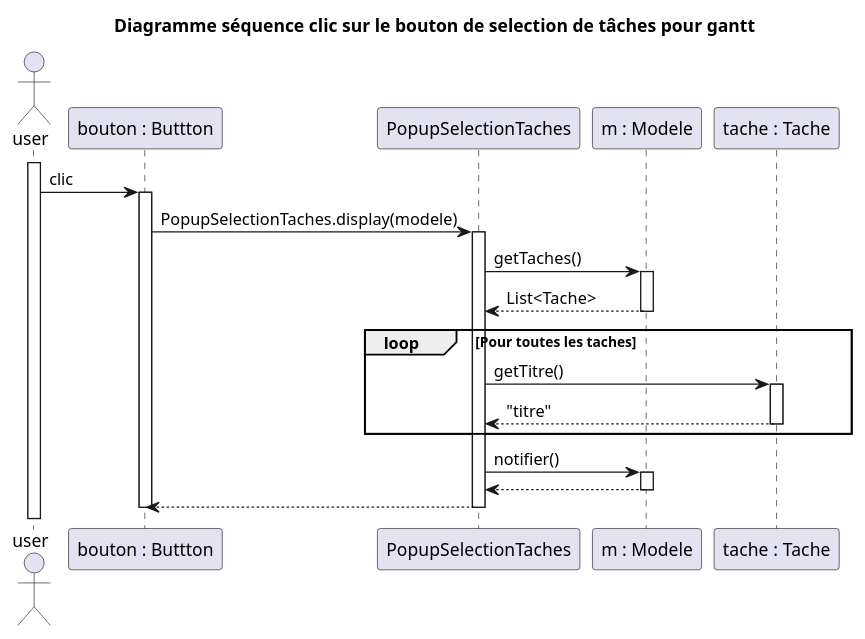
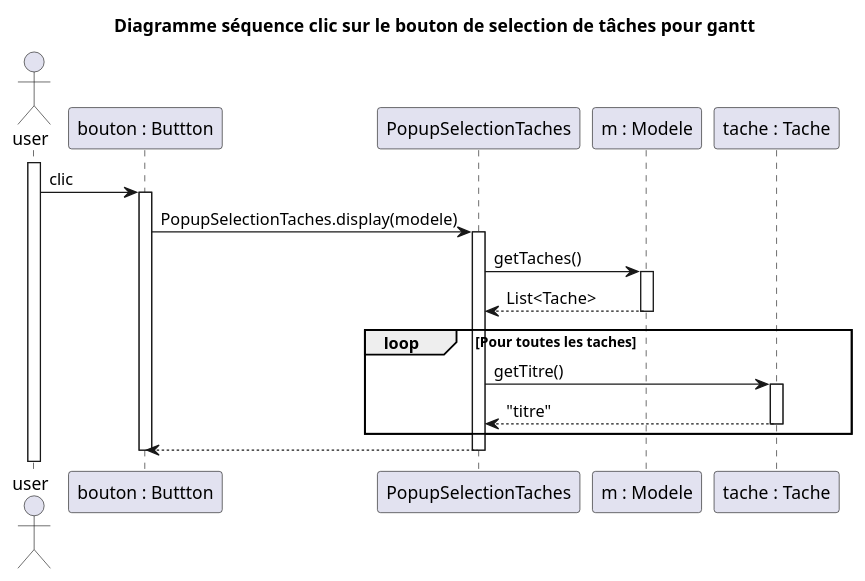
Before and after one commit to AlexanderCARNET/SAE_3_01_dev_application: the diagram in Ollert_QDEV/diagrammes/Iteration4/DiagrammeSequenceSelectionnerTache.puml, drawn with PlantUML.

Commit message:
[FIX] correction diagramme sequence

```diff
--- a/Ollert_QDEV/diagrammes/Iteration4/DiagrammeSequenceSelectionnerTache.puml
+++ b/Ollert_QDEV/diagrammes/Iteration4/DiagrammeSequenceSelectionnerTache.puml
@@ -1,41 +1,37 @@
 @startuml
 'https://plantuml.com/sequence-diagram
 
 title Diagramme séquence clic sur le bouton de selection de tâches pour gantt
 
 actor user
 participant "bouton : Buttton" as Button
 participant "PopupSelectionTaches" as popupSelectionTaches
 participant "m : Modele" as modele
 participant "tache : Tache" as Tache
 
 activate user
 user -> Button : clic
 
 activate Button
 
 Button -> popupSelectionTaches : PopupSelectionTaches.display(modele)
 activate popupSelectionTaches
 
 popupSelectionTaches -> modele : getTaches()
 activate modele
 modele --> popupSelectionTaches : List<Tache>
 deactivate modele
 loop Pour toutes les taches
 popupSelectionTaches -> Tache : getTitre()
 
 activate Tache
 Tache --> popupSelectionTaches : "titre"
 deactivate Tache
 end loop
-popupSelectionTaches -> modele : notifier()
-activate modele
-modele --> popupSelectionTaches
-deactivate modele
 
 popupSelectionTaches --> Button
 deactivate popupSelectionTaches
 deactivate Button
 
 
 @enduml
```
